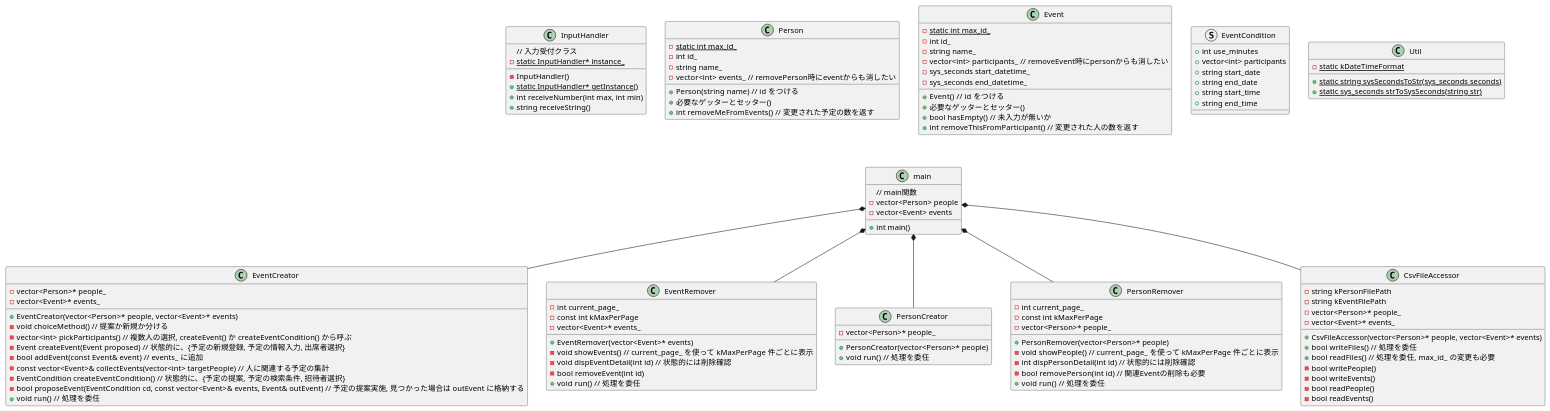
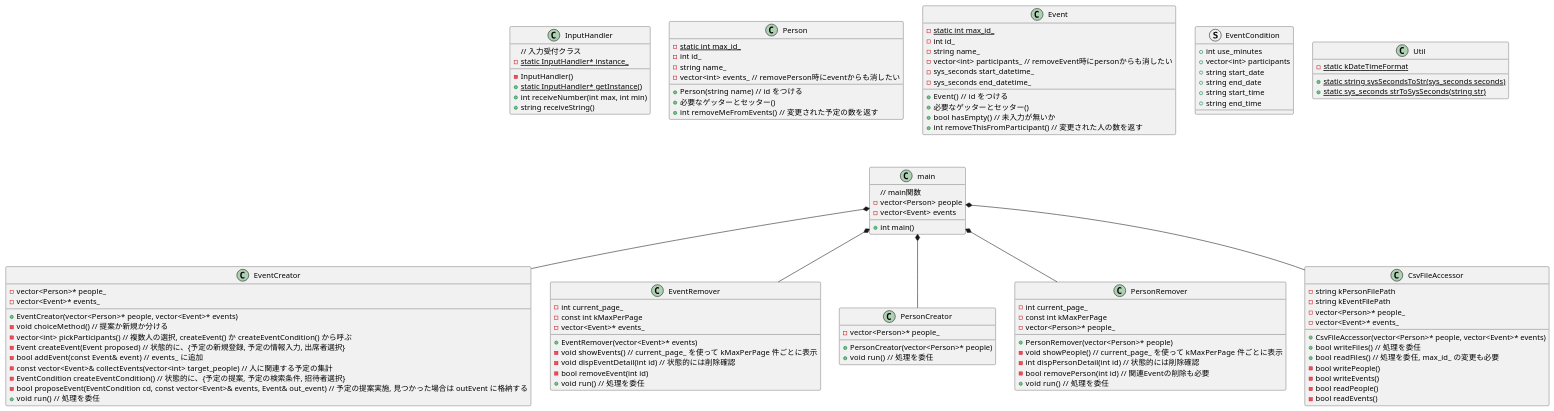
One commit to kimura-y-digi/tutor_schedule_adjuster changed the diagram in class.pu. Above: the diagram before and after it, drawn with PlantUML. The commit also changed 11 other files, not shown here.

```diff
--- a/class.pu
+++ b/class.pu
@@ -1,124 +1,124 @@
 @startuml
 
 class main {
     // main関数
     - vector<Person> people
     - vector<Event> events
     + int main()
 }
 
 class Util {
     - {static} static kDateTimeFormat
     + {static} static string sysSecondsToStr(sys_seconds seconds)
     + {static} static sys_seconds strToSysSeconds(string str)
 }
 
 class InputHandler {
     // 入力受付クラス
     - {static} static InputHandler* instance_
     - InputHandler()
     + {static} static InputHandler* getInstance()
     + int receiveNumber(int max, int min)
     + string receiveString()
 }
 
 class Person {
     - {static} static int max_id_
     - int id_
     - string name_
     - vector<int> events_  // removePerson時にeventからも消したい
     + Person(string name)  // id をつける
     + 必要なゲッターとセッター()
     + int removeMeFromEvents()  // 変更された予定の数を返す
 }
 
 class Event {
     - {static} static int max_id_
     - int id_
     - string name_
     - vector<int> participants_  // removeEvent時にpersonからも消したい
     - sys_seconds start_datetime_
     - sys_seconds end_datetime_
     + Event()  // id をつける
     + 必要なゲッターとセッター()
     + bool hasEmpty()  // 未入力が無いか
     + int removeThisFromParticipant()  // 変更された人の数を返す
 }
 
 struct EventCondition {
     + int use_minutes
     + vector<int> participants
     + string start_date
     + string end_date
     + string start_time
     + string end_time
 }
 
 class EventCreator {
     - vector<Person>* people_
     - vector<Event>* events_
     + EventCreator(vector<Person>* people, vector<Event>* events)
     - void choiceMethod()  // 提案か新規か分ける
     - vector<int> pickParticipants()  // 複数人の選択, createEvent() か createEventCondition() から呼ぶ
     - Event createEvent(Event proposed) // 状態的に、{予定の新規登録, 予定の情報入力, 出席者選択}
     - bool addEvent(const Event& event)  // events_ に追加
-    - const vector<Event>& collectEvents(vector<int> targetPeople)  // 人に関連する予定の集計
+    - const vector<Event>& collectEvents(vector<int> target_people)  // 人に関連する予定の集計
     - EventCondition createEventCondition()  // 状態的に、{予定の提案, 予定の検索条件, 招待者選択}
-    - bool proposeEvent(EventCondition cd, const vector<Event>& events, Event& outEvent)  // 予定の提案実施, 見つかった場合は outEvent に格納する
+    - bool proposeEvent(EventCondition cd, const vector<Event>& events, Event& out_event)  // 予定の提案実施, 見つかった場合は outEvent に格納する
     + void run()  // 処理を委任
 }
 
 class EventRemover {
     - int current_page_
     - const int kMaxPerPage
     - vector<Event>* events_
     + EventRemover(vector<Event>* events)
     - void showEvents()  // current_page_ を使って kMaxPerPage 件ごとに表示
     - void dispEventDetail(int id)  // 状態的には削除確認
     - bool removeEvent(int id)
     + void run()  // 処理を委任
 }
 
 class PersonCreator {
     - vector<Person>* people_
     + PersonCreator(vector<Person>* people)
     + void run()  // 処理を委任
 }
 
 class PersonRemover {
     - int current_page_
     - const int kMaxPerPage
     - vector<Person>* people_
     + PersonRemover(vector<Person>* people)
     - void showPeople()  // current_page_ を使って kMaxPerPage 件ごとに表示
     - int dispPersonDetail(int id)  // 状態的には削除確認
     - bool removePerson(int id)  // 関連Eventの削除も必要
     + void run()  // 処理を委任
 }
 
 class CsvFileAccessor {
     - string kPersonFilePath
     - string kEventFilePath
     - vector<Person>* people_
     - vector<Event>* events_
     + CsvFileAccessor(vector<Person>* people, vector<Event>* events)
     + bool writeFiles()  // 処理を委任
     + bool readFiles()  // 処理を委任, max_id_ の変更も必要
     - bool writePeople()
     - bool writeEvents()
     - bool readPeople()
     - bool readEvents()
 }
 
 main *-- EventCreator
 main *-- EventRemover
 main *-- PersonCreator
 main *-- PersonRemover
 main *-- CsvFileAccessor
 
 InputHandler -[Hidden]- main
 Person -[Hidden]- main
 Event -[Hidden]- main
 EventCondition -[Hidden]- main
 
 @enduml
```
